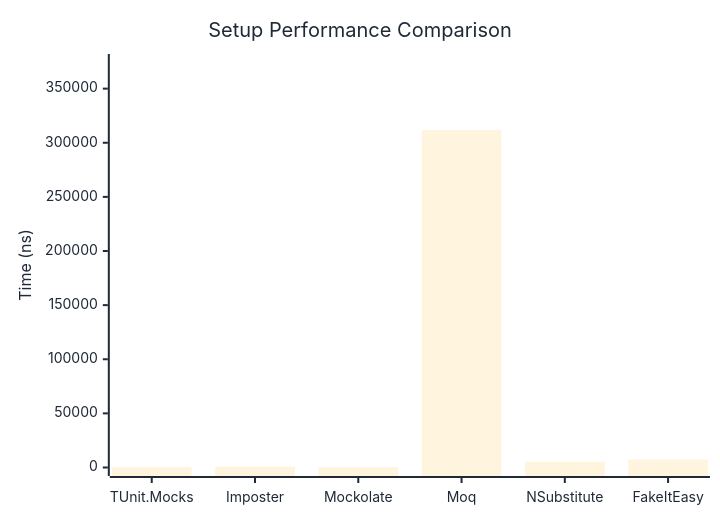
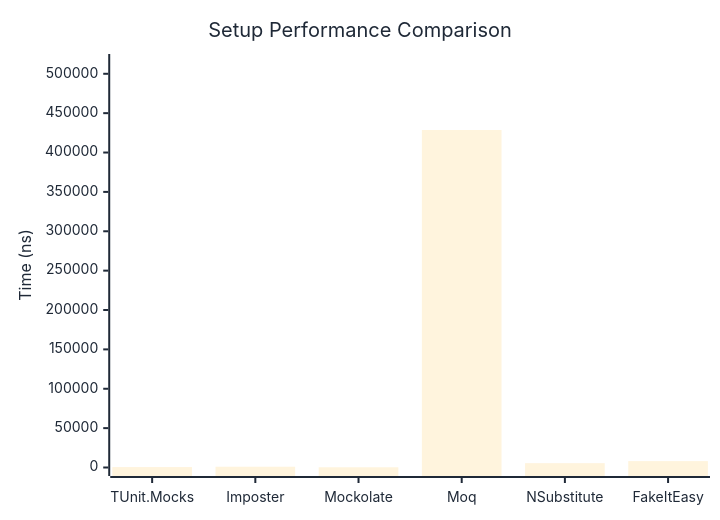
One commit to thomhurst/TUnit changed the first of 2 diagrams in docs/docs/benchmarks/mocks/Setup.md. Above: the diagram before and after it, drawn with Mermaid. The commit also changed other lines of this file and 14 other files, not shown here.

````diff
--- a/docs/docs/benchmarks/mocks/Setup.md
+++ b/docs/docs/benchmarks/mocks/Setup.md
@@ -30,27 +30,27 @@
 ```mermaid
 %%{init: {
   'theme':'base',
   'themeVariables': {
     'primaryColor': '#2563eb',
     'primaryTextColor': '#1f2937',
     'primaryBorderColor': '#1e40af',
     'lineColor': '#6b7280',
     'secondaryColor': '#7c3aed',
     'tertiaryColor': '#dc2626',
     'background': '#ffffff',
     'pie1': '#2563eb',
     'pie2': '#7c3aed',
     'pie3': '#dc2626',
     'pie4': '#f59e0b',
     'pie5': '#10b981',
     'pie6': '#06b6d4',
     'pie7': '#ec4899',
     'pie8': '#6366f1'
   }
 }}%%
 xychart-beta
   title "Setup Performance Comparison"
   x-axis ["TUnit.Mocks", "Imposter", "Mockolate", "Moq", "NSubstitute", "FakeItEasy"]
-  y-axis "Time (ns)" 0 --> 374147
-  bar [553.6, 782.7, 336.9, 311788.8, 5377.3, 7315.3]
+  y-axis "Time (ns)" 0 --> 514333
+  bar [530.5, 972.5, 300.1, 428610.6, 5509.1, 8118.5]
 ```
````
